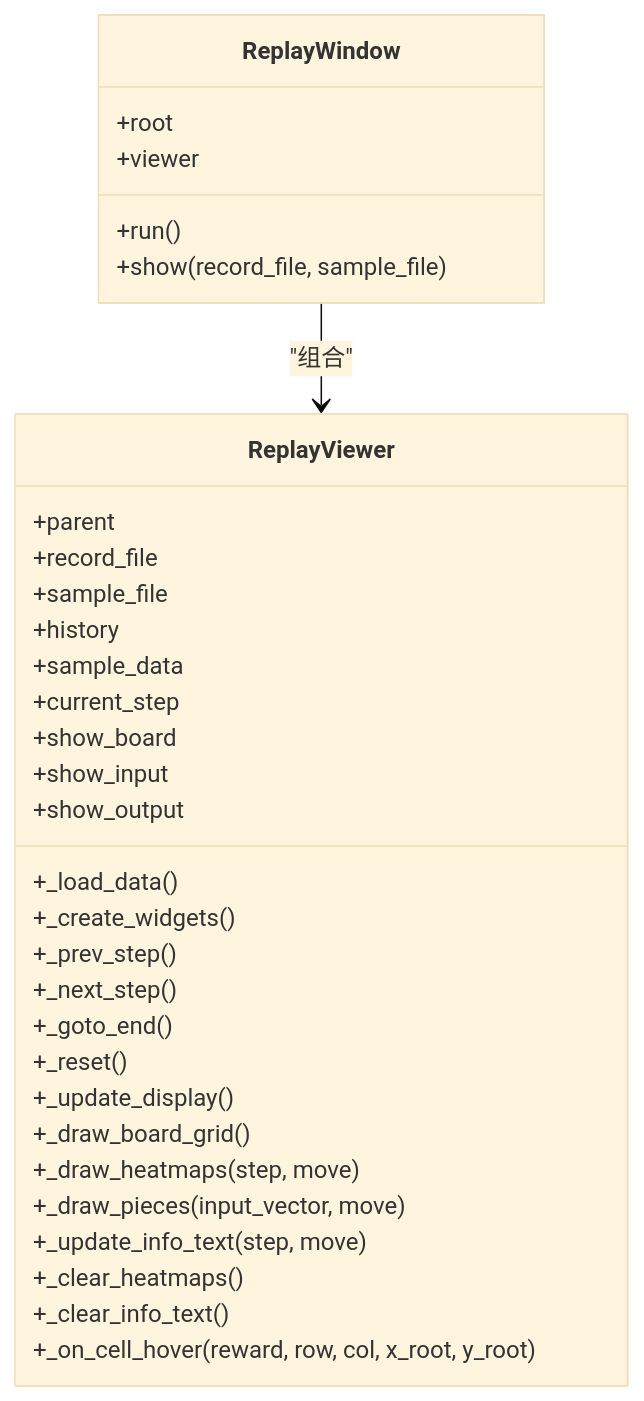
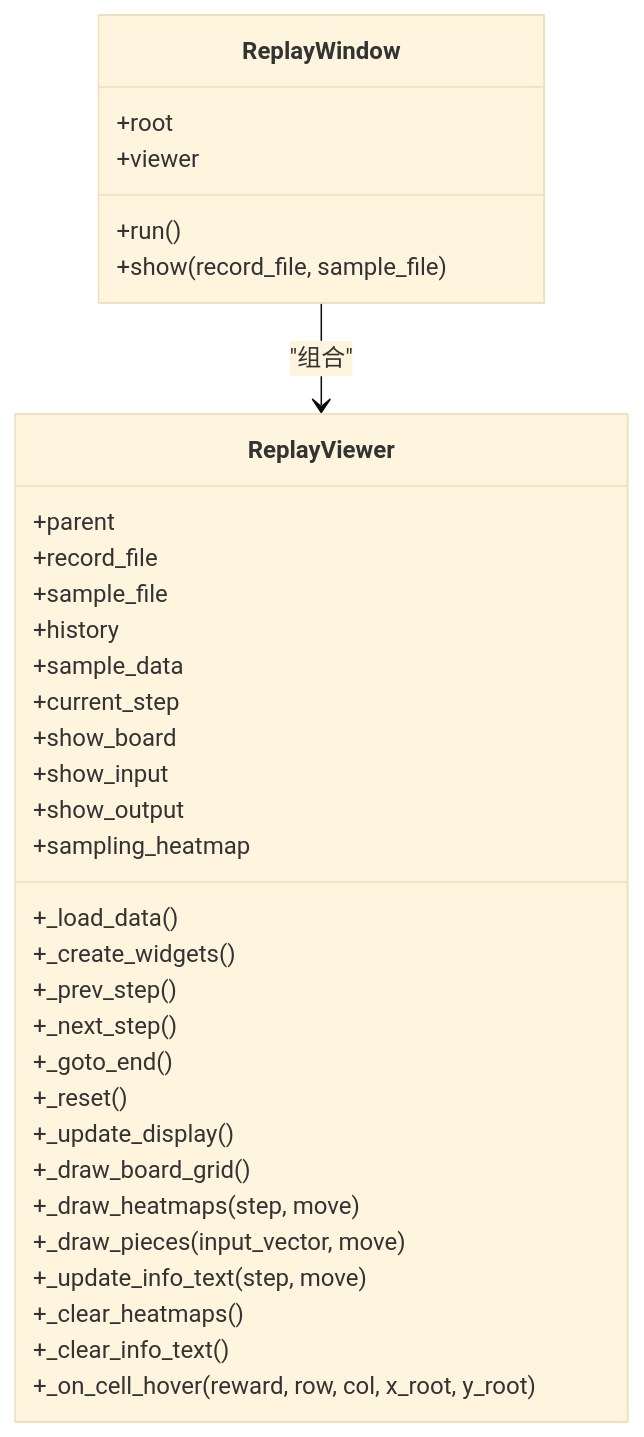
Before and after one commit to nanhao/gomoku: the third of 6 diagrams in .qoder/repowiki/zh/content/用户指南/可视化功能/对局回放.md, drawn with Mermaid (base theme). The commit also changed other lines of this file and 11 other files, not shown here.

````diff
--- a/.qoder/repowiki/zh/content/用户指南/可视化功能/对局回放.md
+++ b/.qoder/repowiki/zh/content/用户指南/可视化功能/对局回放.md
@@ -147,35 +164,36 @@
 ```mermaid
 classDiagram
 class ReplayViewer {
 +parent
 +record_file
 +sample_file
 +history
 +sample_data
 +current_step
 +show_board
 +show_input
 +show_output
++sampling_heatmap
 +_load_data()
 +_create_widgets()
 +_prev_step()
 +_next_step()
 +_goto_end()
 +_reset()
 +_update_display()
 +_draw_board_grid()
 +_draw_heatmaps(step, move)
 +_draw_pieces(input_vector, move)
 +_update_info_text(step, move)
 +_clear_heatmaps()
 +_clear_info_text()
 +_on_cell_hover(reward, row, col, x_root, y_root)
 }
 class ReplayWindow {
 +root
 +viewer
 +run()
 +show(record_file, sample_file)
 }
 ReplayWindow --> ReplayViewer : "组合"
 ```
````
